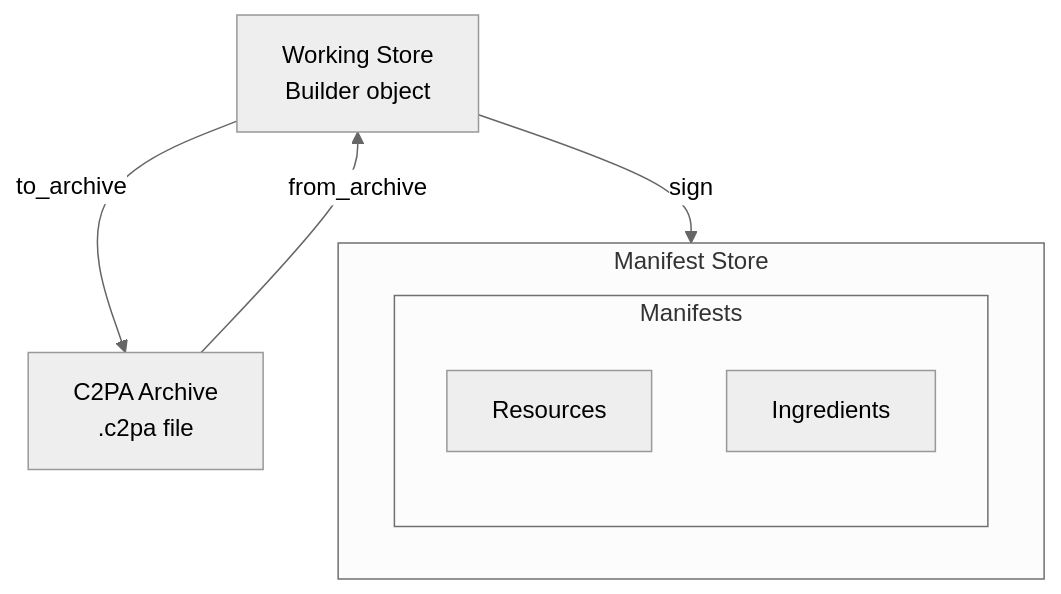
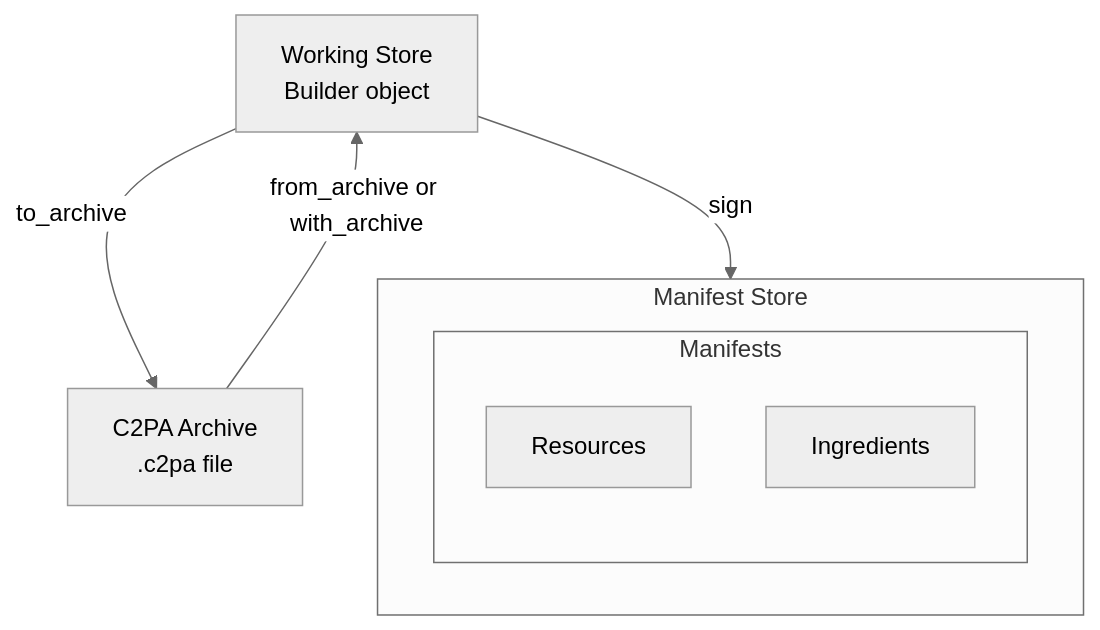
Before and after one commit to contentauth/c2pa-python: the first of 2 diagrams in docs/tmn-wip-docs/working-stores.md, drawn with Mermaid (neutral theme).

````diff
--- a/docs/tmn-wip-docs/working-stores.md
+++ b/docs/tmn-wip-docs/working-stores.md
@@ -15,13 +15,13 @@
 ```mermaid
 graph TD
     subgraph MS["Manifest Store"]
         subgraph M1["Manifests"]
             R1[Resources]
             I1[Ingredients]
         end
     end
 
     A[Working Store<br/>Builder object] -->|sign| MS
     A -->|to_archive| C[C2PA Archive<br/>.c2pa file]
-    C -->|from_archive| A
+    C -->|from_archive or with_archive| A
 ```
````
